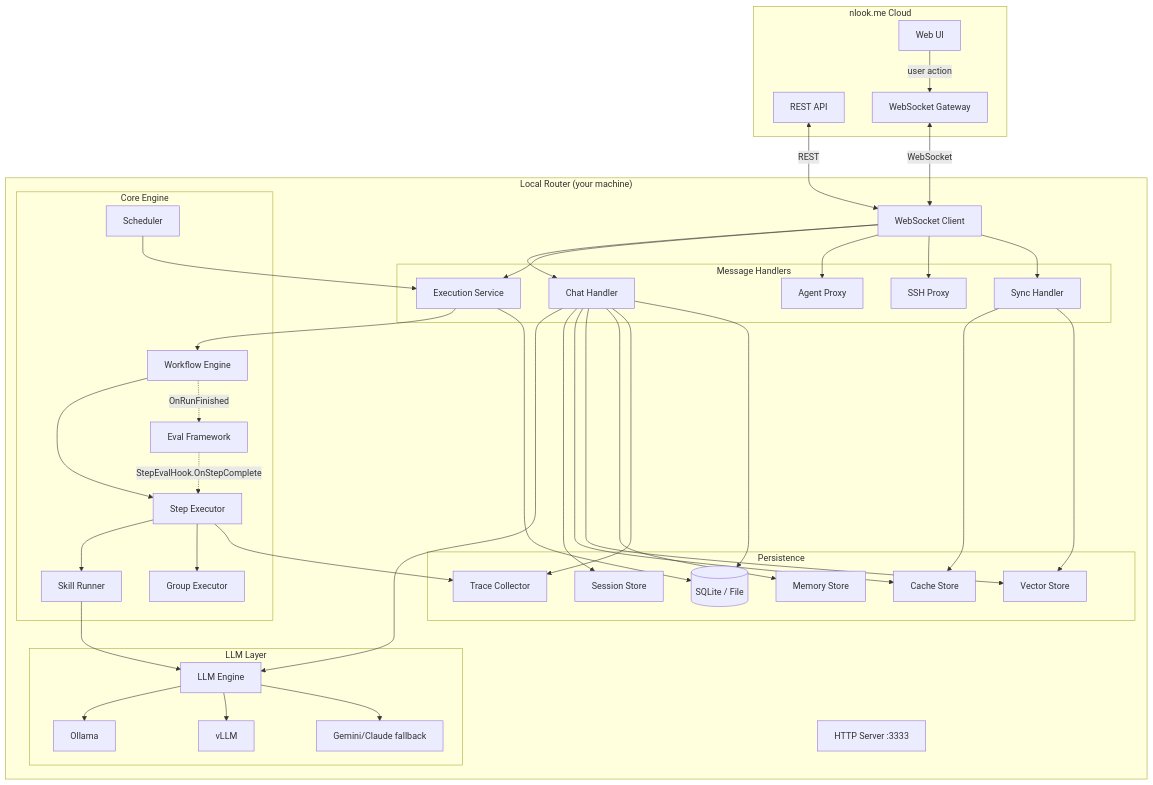
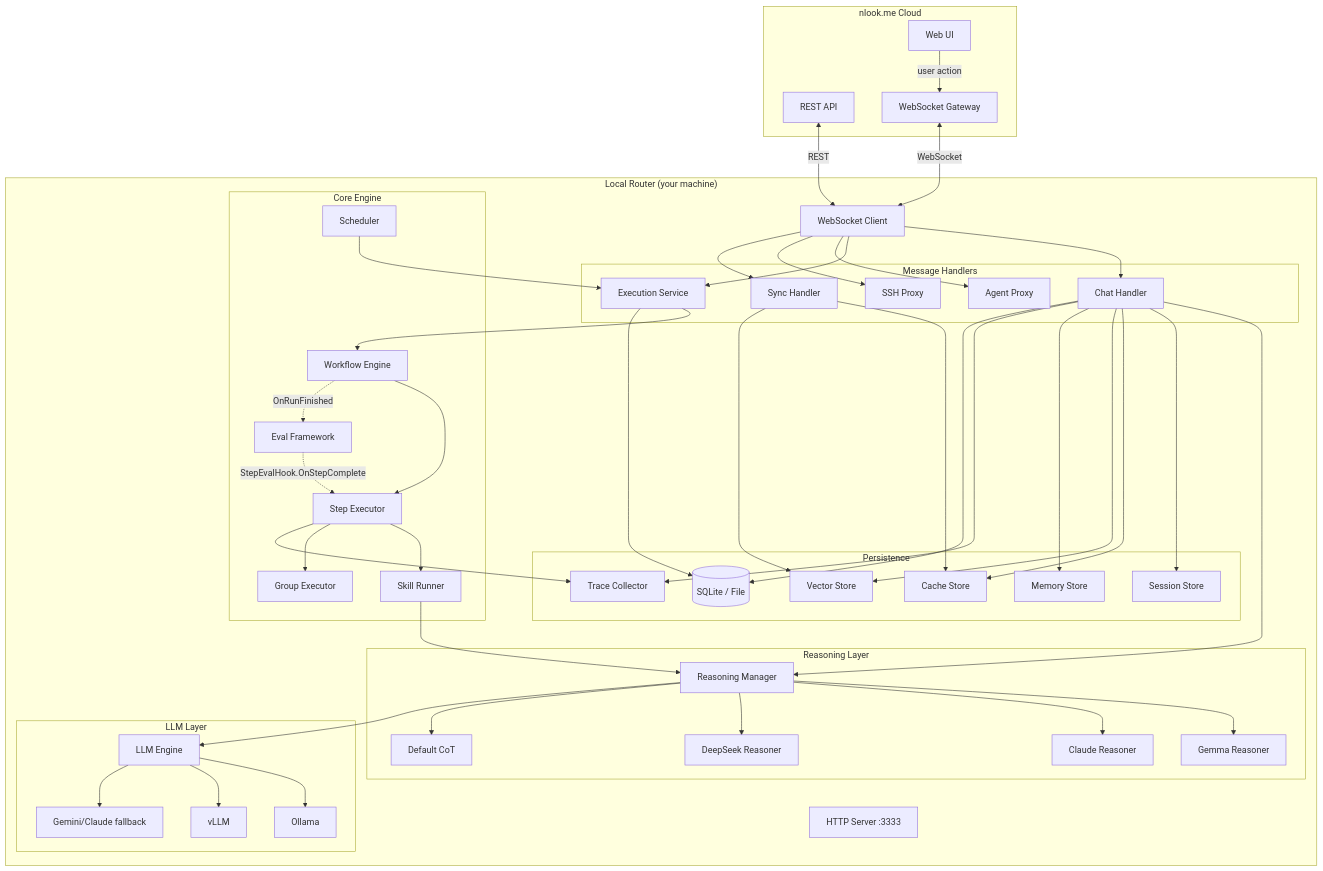
Before and after one commit to nlook-service/nlook-router: the first of 7 diagrams in README.md, drawn with Mermaid. The commit also changed other lines of this file and 14 other files, not shown here.

````diff
--- a/README.md
+++ b/README.md
@@ -38,71 +38,81 @@
 ```mermaid
 graph TB
     subgraph Cloud["nlook.me Cloud"]
         API[REST API]
         WSG[WebSocket Gateway]
         UI[Web UI]
     end
 
     subgraph Router["Local Router (your machine)"]
         WS[WebSocket Client]
 
         subgraph Handlers["Message Handlers"]
             CH[Chat Handler]
             EX[Execution Service]
             AH[Agent Proxy]
             SH[SSH Proxy]
             SY[Sync Handler]
         end
 
         subgraph Core["Core Engine"]
             WE[Workflow Engine]
             SE[Step Executor]
             SR[Skill Runner]
             GE[Group Executor]
             SC[Scheduler]
             EV[Eval Framework]
         end
 
+        subgraph Reasoning["Reasoning Layer"]
+            RM[Reasoning Manager]
+            GR[Gemma Reasoner]
+            CR[Claude Reasoner]
+            DR[DeepSeek Reasoner]
+            DC[Default CoT]
+        end
+
         subgraph LLM["LLM Layer"]
             LE[LLM Engine]
             OL[Ollama]
             VL[vLLM]
             GM[Gemini/Claude fallback]
         end
 
         subgraph Storage["Persistence"]
             DB[(SQLite / File)]
             SS[Session Store]
             CS[Cache Store]
             VS[Vector Store]
             MS[Memory Store]
             TR[Trace Collector]
         end
 
         HTTP[HTTP Server :3333]
     end
 
     UI -->|user action| WSG
     WSG <-->|WebSocket| WS
     API <-->|REST| WS
 
     WS --> CH & EX & AH & SH & SY
 
-    CH --> LE
+    CH --> RM
     CH --> SS & CS & VS & MS
     EX --> WE
     WE --> SE --> SR
     SE --> GE
     SC --> EX
     EV -.->|StepEvalHook.OnStepComplete| SE
     WE -.->|OnRunFinished| EV
 
-    SR --> LE
+    SR --> RM
+    RM --> GR & CR & DR & DC
+    RM --> LE
     LE --> OL & VL & GM
 
     SE --> TR
     CH --> TR
     CH --> DB
     EX --> DB
     SY --> CS & VS
 ```
````
